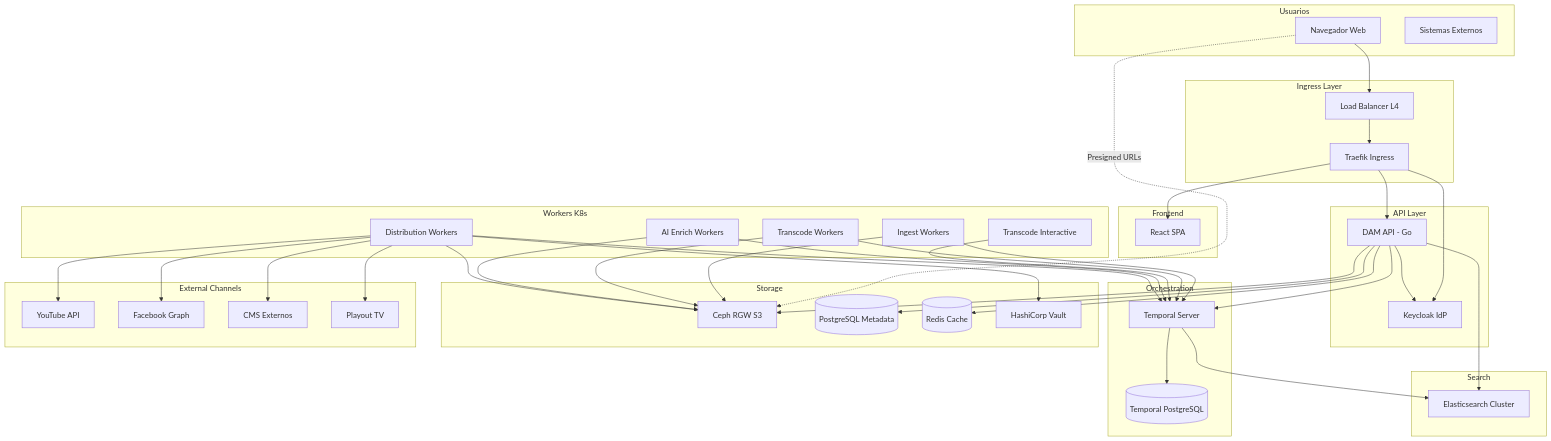
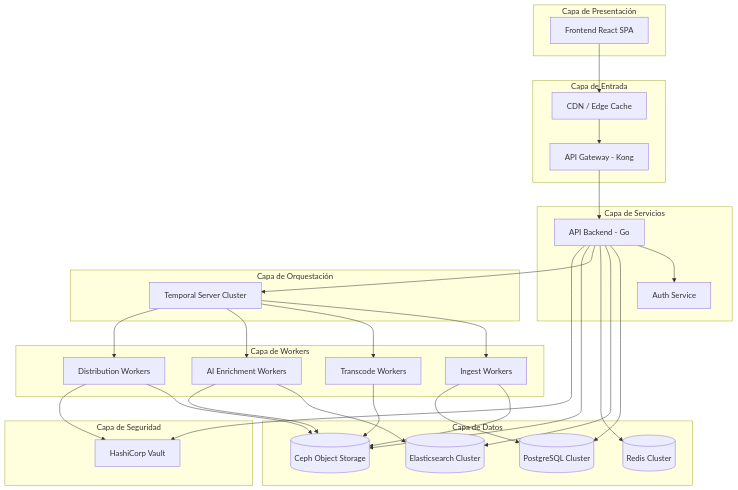
Before and after one commit to pi-na/tpe-inge2: the first of 9 diagrams in INFORME-FINAL.md, drawn with Mermaid. The commit also changed other lines of this file, not shown here.

````diff
--- a/INFORME-FINAL.md
+++ b/INFORME-FINAL.md
@@ -269,87 +174,63 @@
 ```mermaid
 graph TB
-    subgraph "Usuarios"
-        Browser[Navegador Web]
-        ExtSys[Sistemas Externos]
+    subgraph "Capa de Presentación"
+        UI[Frontend React SPA]
     end
-
-    subgraph "Ingress Layer"
-        LB[Load Balancer L4]
-        Traefik[Traefik Ingress]
+  
+    subgraph "Capa de Entrada"
+        CDN[CDN / Edge Cache]
+        APIGW[API Gateway - Kong]
     end
-
-    subgraph "Frontend"
-        SPA[React SPA]
+  
+    subgraph "Capa de Servicios"
+        API[API Backend - Go]
+        AUTH[Auth Service]
     end
-
-    subgraph "API Layer"
-        DAMAPI[DAM API - Go]
-        Keycloak[Keycloak IdP]
+  
+    subgraph "Capa de Orquestación"
+        TEMPORAL[Temporal Server Cluster]
     end
-
-    subgraph "Orchestration"
-        Temporal[Temporal Server]
-        TemporalDB[(Temporal PostgreSQL)]
+  
+    subgraph "Capa de Workers"
+        W_INGEST[Ingest Workers]
+        W_TRANS[Transcode Workers]
+        W_AI[AI Enrichment Workers]
+        W_DIST[Distribution Workers]
     end
-
-    subgraph "Search"
-        ES[Elasticsearch Cluster]
+  
+    subgraph "Capa de Datos"
+        PG[(PostgreSQL Cluster)]
+        ES[(Elasticsearch Cluster)]
+        REDIS[(Redis Cluster)]
+        CEPH[(Ceph Object Storage)]
     end
-
-    subgraph "Workers K8s"
-        IngestW[Ingest Workers]
-        TransW[Transcode Workers]
-        TransWI[Transcode Interactive]
-        AIW[AI Enrich Workers]
-        DistW[Distribution Workers]
+  
+    subgraph "Capa de Seguridad"
+        VAULT[HashiCorp Vault]
     end
-
-    subgraph "Storage"
-        Ceph[Ceph RGW S3]
-        PG[(PostgreSQL Metadata)]
-        Redis[(Redis Cache)]
-        Vault[HashiCorp Vault]
-    end
-
-    subgraph "External Channels"
-        YouTube[YouTube API]
-        Facebook[Facebook Graph]
-        CMS[CMS Externos]
-        TV[Playout TV]
-    end
-
-    Browser --> LB
-    LB --> Traefik
-    Traefik --> SPA
-    Traefik --> DAMAPI
-    Traefik --> Keycloak
-    
-    Browser -.->|Presigned URLs| Ceph
-    
-    DAMAPI --> PG
-    DAMAPI --> ES
-    DAMAPI --> Temporal
-    DAMAPI --> Ceph
-    DAMAPI --> Redis
-    DAMAPI --> Keycloak
-    
-    Temporal --> TemporalDB
-    Temporal --> ES
-    
-    IngestW --> Temporal
-    TransW --> Temporal
-    TransWI --> Temporal
-    AIW --> Temporal
-    DistW --> Temporal
-    
-    IngestW --> Ceph
-    TransW --> Ceph
-    AIW --> Ceph
-    DistW --> Ceph
-    DistW --> Vault
-    
-    DistW --> YouTube
-    DistW --> Facebook
-    DistW --> CMS
-    DistW --> TV
+  
+    UI --> CDN
+    CDN --> APIGW
+    APIGW --> API
+    API --> AUTH
+    API --> PG
+    API --> ES
+    API --> REDIS
+    API --> TEMPORAL
+    API --> CEPH
+  
+    TEMPORAL --> W_INGEST
+    TEMPORAL --> W_TRANS
+    TEMPORAL --> W_AI
+    TEMPORAL --> W_DIST
+  
+    W_INGEST --> CEPH
+    W_INGEST --> PG
+    W_TRANS --> CEPH
+    W_AI --> ES
+    W_AI --> CEPH
+    W_DIST --> CEPH
+  
+    API --> VAULT
+    W_DIST --> VAULT
 ```
````
